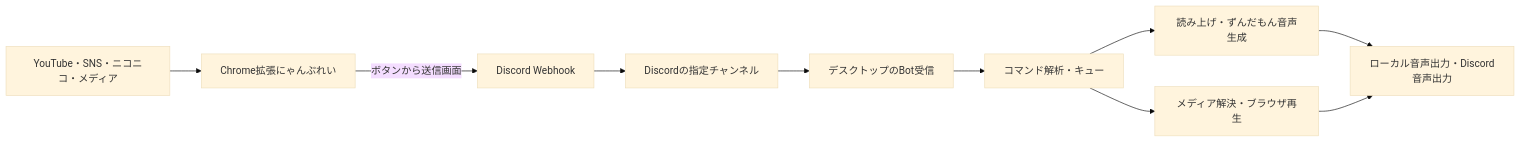
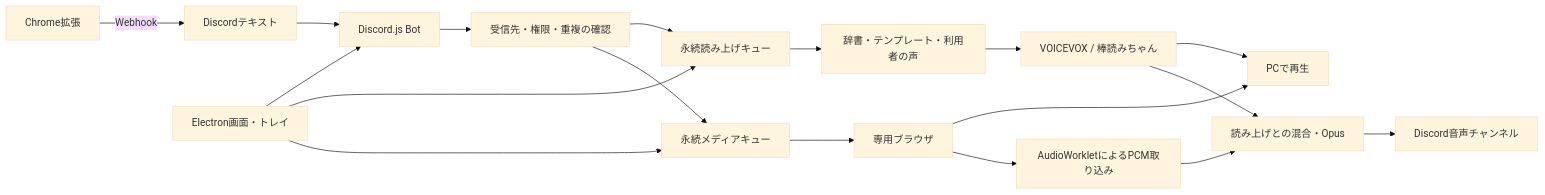
One commit to BLIMP-B/yt-nyan-play changed the diagram in docs/INTEGRATION_PLAN.md. Above: the diagram before and after it, drawn with Mermaid (base theme). The commit also changed other lines of this file and 32 other files, not shown here.

Commit message:
Implement Windows desktop Discord bot, speech and media playback

````diff
--- a/docs/INTEGRATION_PLAN.md
+++ b/docs/INTEGRATION_PLAN.md
@@ -17,12 +17,20 @@
 ```mermaid
 flowchart LR
-    M[YouTube・SNS・ニコニコ・メディア] --> E[Chrome拡張にゃんぷれい]
-    E -->|ボタンから送信画面| W[Discord Webhook]
-    W --> D[Discordの指定チャンネル]
-    D --> R[デスクトップのBot受信]
-    R --> Q[コマンド解析・キュー]
-    Q --> T[読み上げ・ずんだもん音声生成]
-    Q --> P[メディア解決・ブラウザ再生]
-    T --> O[ローカル音声出力・Discord音声出力]
-    P --> O
+  EXT[Chrome拡張] -->|Webhook| TEXT[Discordテキスト]
+  TEXT --> BOT[Discord.js Bot]
+  BOT --> CHECK[受信先・権限・重複の確認]
+  CHECK --> SQ[永続読み上げキュー]
+  CHECK --> MQ[永続メディアキュー]
+  SQ --> DICT[辞書・テンプレート・利用者の声]
+  DICT --> TTS[VOICEVOX / 棒読みちゃん]
+  MQ --> WEB[専用ブラウザ]
+  TTS --> LOCAL[PCで再生]
+  WEB --> LOCAL
+  WEB --> PCM[AudioWorkletによるPCM取り込み]
+  PCM --> MIX[読み上げとの混合・Opus]
+  TTS --> MIX
+  MIX --> VOICE[Discord音声チャンネル]
+  UI[Electron画面・トレイ] --> BOT
+  UI --> SQ
+  UI --> MQ
 ```
````
